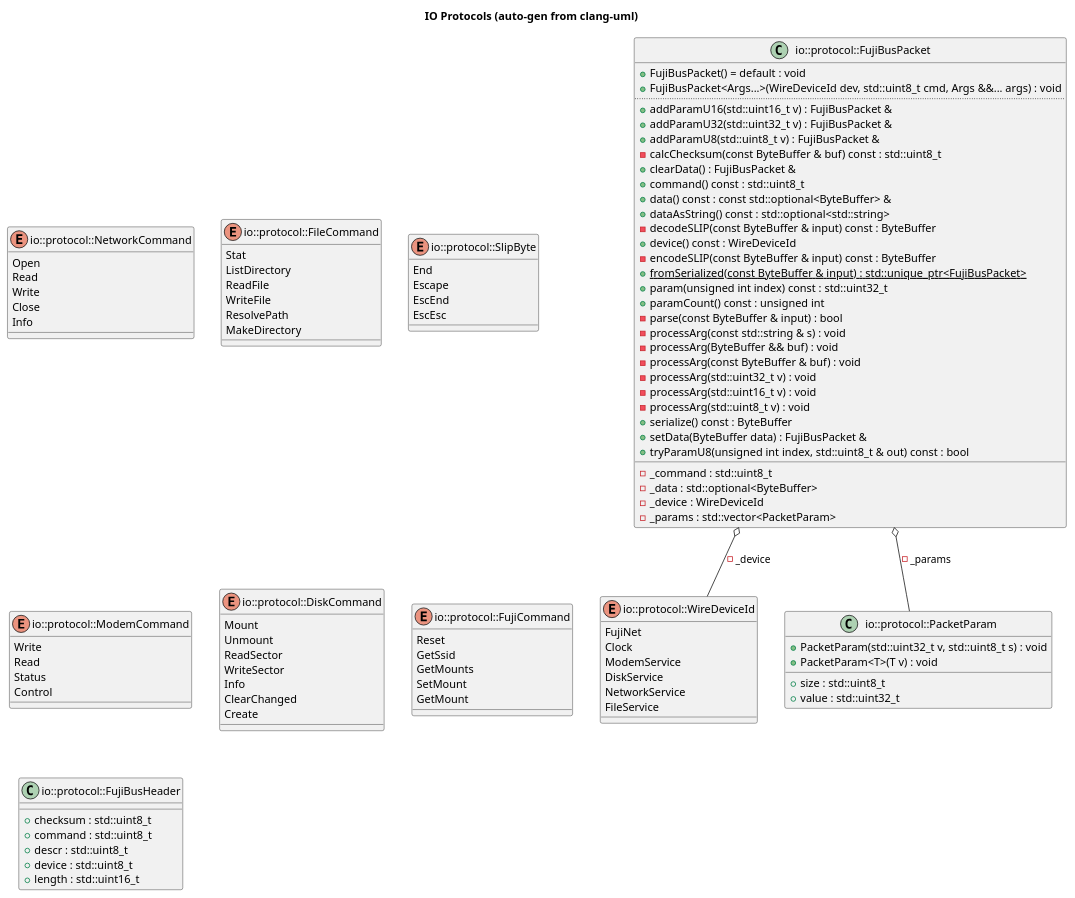
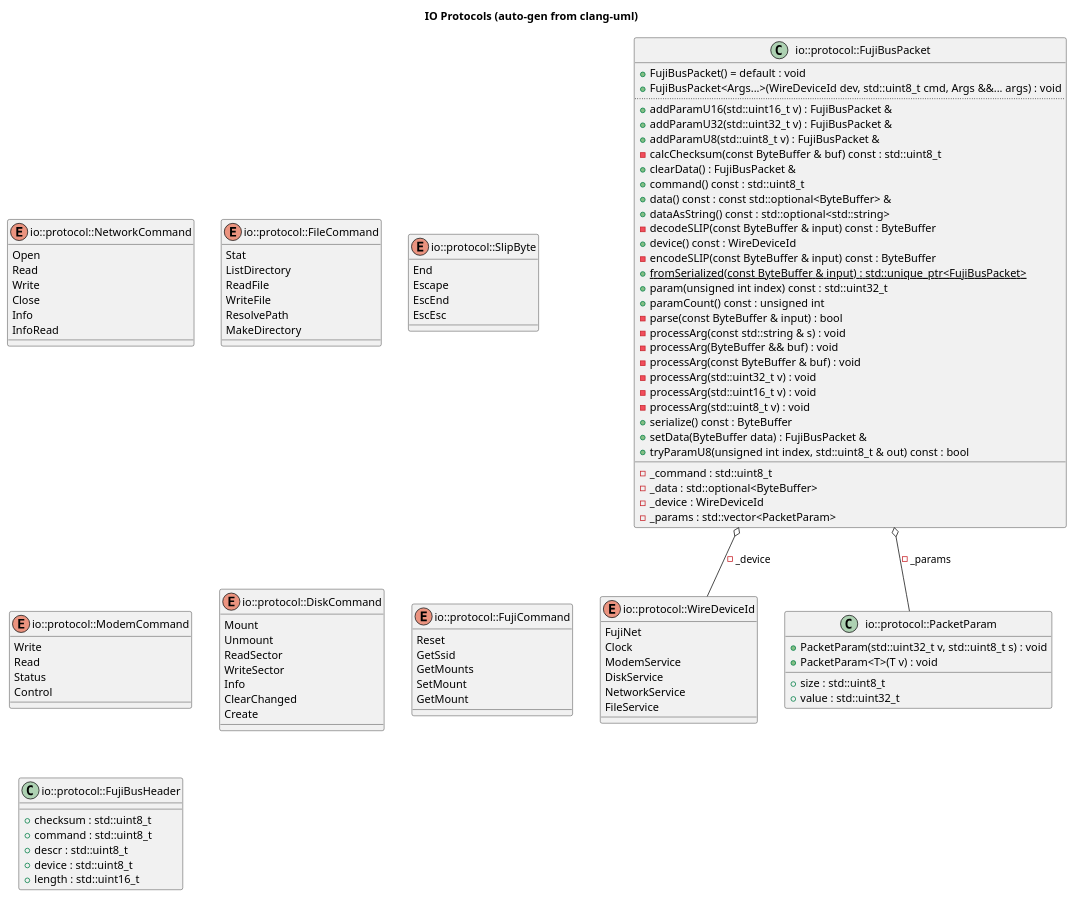
Before and after one commit to markjfisher/fujinet-nio: the diagram in docs/uml/gen_io_protocol.puml, drawn with PlantUML. The commit also changed 1 other file, not shown here.

Commit message:
chore: update auto-generated UML diagrams

```diff
--- a/docs/uml/gen_io_protocol.puml
+++ b/docs/uml/gen_io_protocol.puml
@@ -1,118 +1,119 @@
 @startuml
 title IO Protocols (auto-gen from clang-uml)
 enum "io::protocol::WireDeviceId" as C_0015225225004340369839
 enum C_0015225225004340369839 {
 FujiNet
 Clock
 ModemService
 DiskService
 NetworkService
 FileService
 }
 enum "io::protocol::NetworkCommand" as C_0007700754280455587098
 enum C_0007700754280455587098 {
 Open
 Read
 Write
 Close
 Info
+InfoRead
 }
 enum "io::protocol::FileCommand" as C_0003895064208135060769
 enum C_0003895064208135060769 {
 Stat
 ListDirectory
 ReadFile
 WriteFile
 ResolvePath
 MakeDirectory
 }
 enum "io::protocol::SlipByte" as C_0010627602090167488081
 enum C_0010627602090167488081 {
 End
 Escape
 EscEnd
 EscEsc
 }
 class "io::protocol::PacketParam" as C_0003277087640557799971
 class C_0003277087640557799971 {
 +PacketParam(std::uint32_t v, std::uint8_t s) : void
 +PacketParam<T>(T v) : void
 __
 +size : std::uint8_t
 +value : std::uint32_t
 }
 class "io::protocol::FujiBusPacket" as C_0017232777488057089840
 class C_0017232777488057089840 {
 +FujiBusPacket() = default : void
 +FujiBusPacket<Args...>(WireDeviceId dev, std::uint8_t cmd, Args &&... args) : void
 ..
 +addParamU16(std::uint16_t v) : FujiBusPacket &
 +addParamU32(std::uint32_t v) : FujiBusPacket &
 +addParamU8(std::uint8_t v) : FujiBusPacket &
 -calcChecksum(const ByteBuffer & buf) const : std::uint8_t
 +clearData() : FujiBusPacket &
 +command() const : std::uint8_t
 +data() const : const std::optional<ByteBuffer> &
 +dataAsString() const : std::optional<std::string>
 -decodeSLIP(const ByteBuffer & input) const : ByteBuffer
 +device() const : WireDeviceId
 -encodeSLIP(const ByteBuffer & input) const : ByteBuffer
 {static} +fromSerialized(const ByteBuffer & input) : std::unique_ptr<FujiBusPacket>
 +param(unsigned int index) const : std::uint32_t
 +paramCount() const : unsigned int
 -parse(const ByteBuffer & input) : bool
 -processArg(const std::string & s) : void
 -processArg(ByteBuffer && buf) : void
 -processArg(const ByteBuffer & buf) : void
 -processArg(std::uint32_t v) : void
 -processArg(std::uint16_t v) : void
 -processArg(std::uint8_t v) : void
 +serialize() const : ByteBuffer
 +setData(ByteBuffer data) : FujiBusPacket &
 +tryParamU8(unsigned int index, std::uint8_t & out) const : bool
 __
 -_command : std::uint8_t
 -_data : std::optional<ByteBuffer>
 -_device : WireDeviceId
 -_params : std::vector<PacketParam>
 }
 enum "io::protocol::ModemCommand" as C_0010997942004027913014
 enum C_0010997942004027913014 {
 Write
 Read
 Status
 Control
 }
 enum "io::protocol::DiskCommand" as C_0015699043703645047876
 enum C_0015699043703645047876 {
 Mount
 Unmount
 ReadSector
 WriteSector
 Info
 ClearChanged
 Create
 }
 enum "io::protocol::FujiCommand" as C_0004628219160953719395
 enum C_0004628219160953719395 {
 Reset
 GetSsid
 GetMounts
 SetMount
 GetMount
 }
 class "io::protocol::FujiBusHeader" as C_0009954510640382192371
 class C_0009954510640382192371 {
 __
 +checksum : std::uint8_t
 +command : std::uint8_t
 +descr : std::uint8_t
 +device : std::uint8_t
 +length : std::uint16_t
 }
 C_0017232777488057089840 o-- C_0015225225004340369839 : -_device
 C_0017232777488057089840 o-- C_0003277087640557799971 : -_params
 
 'Generated with clang-uml, version 0.6.2
 'LLVM version Ubuntu clang version 18.1.3 (1ubuntu1)
 @enduml
```
